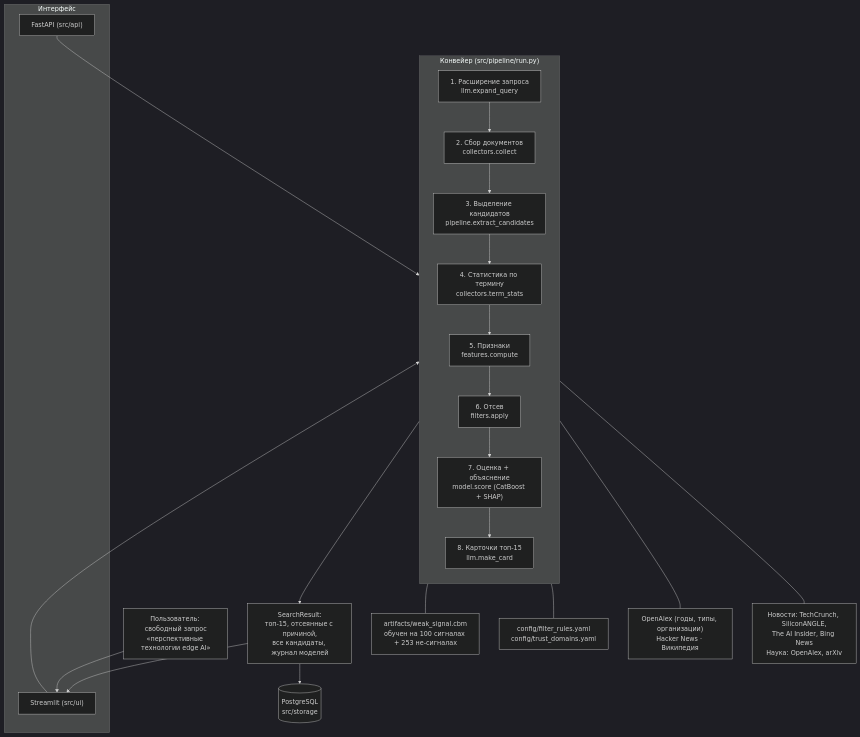
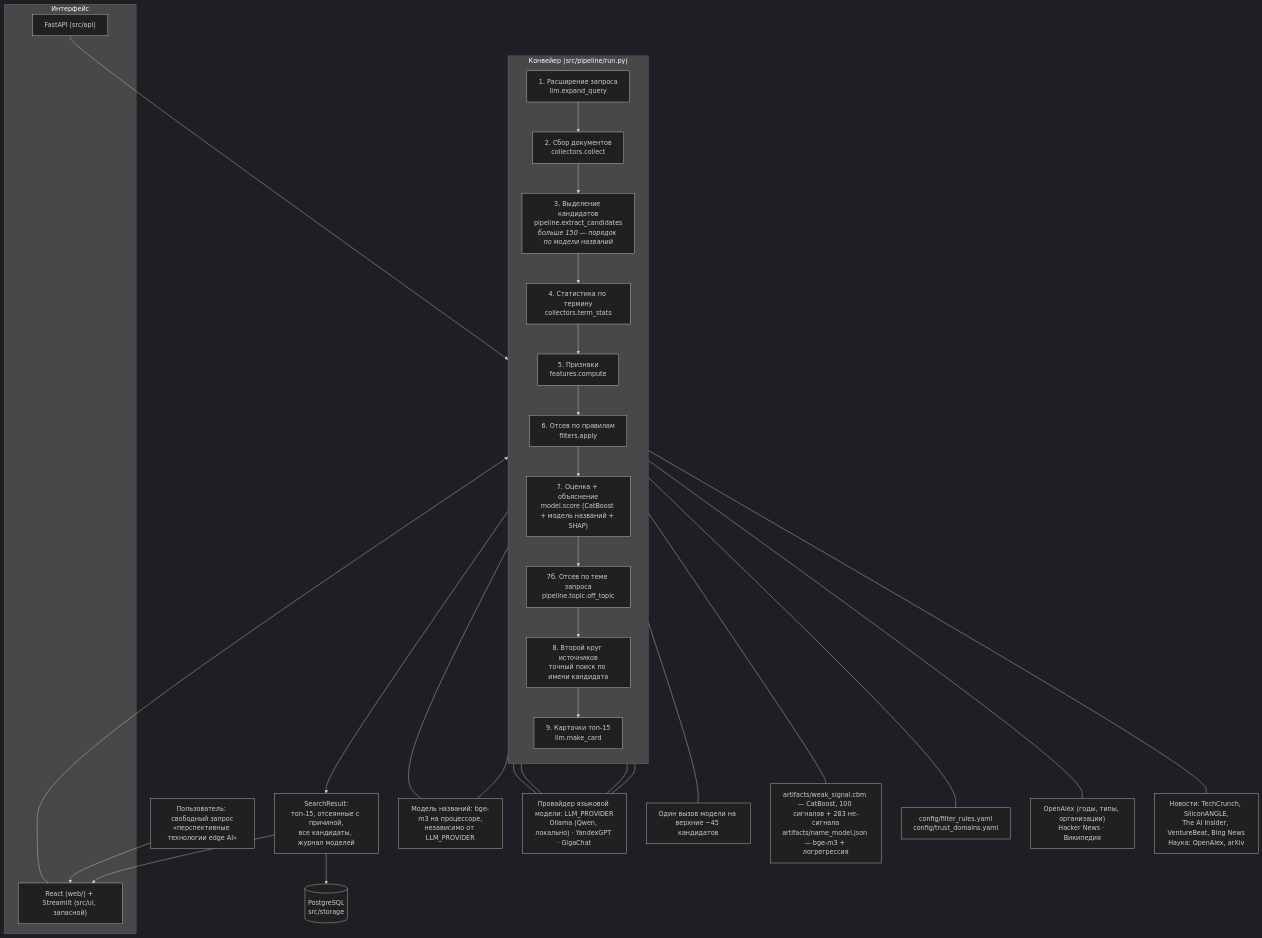
The diagram in docs/architecture.md (melorri33/weak-signals), drawn with Mermaid (dark theme) before and after one commit. The commit also changed other lines of this file and 4 other files, not shown here.

First line of the commit message:
Документация к промежуточной сдаче: модель названий, отсев по теме, свежие цифры качества (#81)

````diff
--- a/docs/architecture.md
+++ b/docs/architecture.md
@@ -8,34 +11,47 @@
 ```mermaid
 flowchart TD
     U["Пользователь: свободный запрос<br/>«перспективные технологии edge AI»"] --> UI
 
     subgraph Интерфейс
-        UI["Streamlit (src/ui)"]
+        UI["React (web/) + Streamlit (src/ui, запасной)"]
         API["FastAPI (src/api)"]
     end
 
     UI --> P
     API --> P
 
     subgraph P["Конвейер (src/pipeline/run.py)"]
         direction TB
         S1["1. Расширение запроса<br/>llm.expand_query"]
         S2["2. Сбор документов<br/>collectors.collect"]
-        S3["3. Выделение кандидатов<br/>pipeline.extract_candidates"]
+        S3["3. Выделение кандидатов<br/>pipeline.extract_candidates<br/><i>больше 150 — порядок по модели названий</i>"]
         S4["4. Статистика по термину<br/>collectors.term_stats"]
         S5["5. Признаки<br/>features.compute"]
-        S6["6. Отсев<br/>filters.apply"]
-        S7["7. Оценка + объяснение<br/>model.score (CatBoost + SHAP)"]
-        S8["8. Карточки топ-15<br/>llm.make_card"]
-        S1 --> S2 --> S3 --> S4 --> S5 --> S6 --> S7 --> S8
+        S6["6. Отсев по правилам<br/>filters.apply"]
+        S7["7. Оценка + объяснение<br/>model.score (CatBoost + модель названий + SHAP)"]
+        S7B["7б. Отсев по теме запроса<br/>pipeline.topic.off_topic"]
+        S8B["8. Второй круг источников<br/>точный поиск по имени кандидата"]
+        S9["9. Карточки топ-15<br/>llm.make_card"]
+        S1 --> S2 --> S3 --> S4 --> S5 --> S6 --> S7 --> S7B --> S8B --> S9
     end
 
-    S2 --- SRC["Новости: TechCrunch, SiliconANGLE,<br/>The AI Insider, Bing News<br/>Наука: OpenAlex, arXiv"]
+    S2 --- SRC["Новости: TechCrunch, SiliconANGLE,<br/>The AI Insider, VentureBeat, Bing News<br/>Наука: OpenAlex, arXiv"]
     S4 --- STAT["OpenAlex (годы, типы, организации)<br/>Hacker News · Википедия"]
     S6 --- CFG["config/filter_rules.yaml<br/>config/trust_domains.yaml"]
-    S7 --- ART["artifacts/weak_signal.cbm<br/>обучен на 100 сигналах + 253 не-сигналах"]
+    S7 --- ART["artifacts/weak_signal.cbm — CatBoost, 100 сигналов + 283 не-сигнала<br/>artifacts/name_model.json — bge-m3 + логрегрессия"]
+    S7B --- LLM2["Один вызов модели на верхние ~45 кандидатов"]
 
-    S8 --> R["SearchResult:<br/>топ-15, отсеянные с причиной,<br/>все кандидаты, журнал моделей"]
+    PROV["Провайдер языковой модели: LLM_PROVIDER<br/>Ollama (Qwen, локально) · YandexGPT · GigaChat"]
+    S1 --- PROV
+    S3 --- PROV
+    S7B --- PROV
+    S9 --- PROV
+
+    EMB["Модель названий: bge-m3 на процессоре,<br/>независимо от LLM_PROVIDER"]
+    S3 --- EMB
+    S7 --- EMB
+
+    S9 --> R["SearchResult:<br/>топ-15, отсеянные с причиной,<br/>все кандидаты, журнал моделей"]
     R --> DB[("PostgreSQL<br/>src/storage")]
     R --> UI
 ```
````
